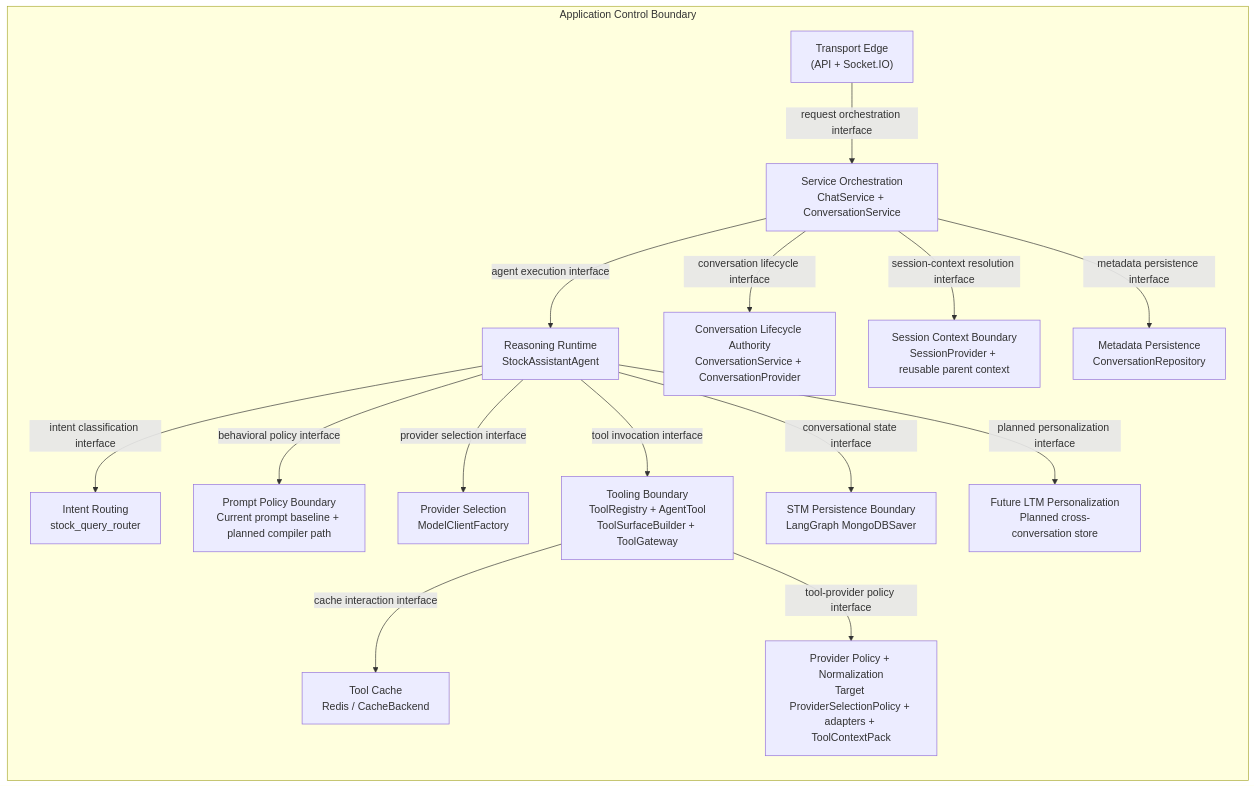
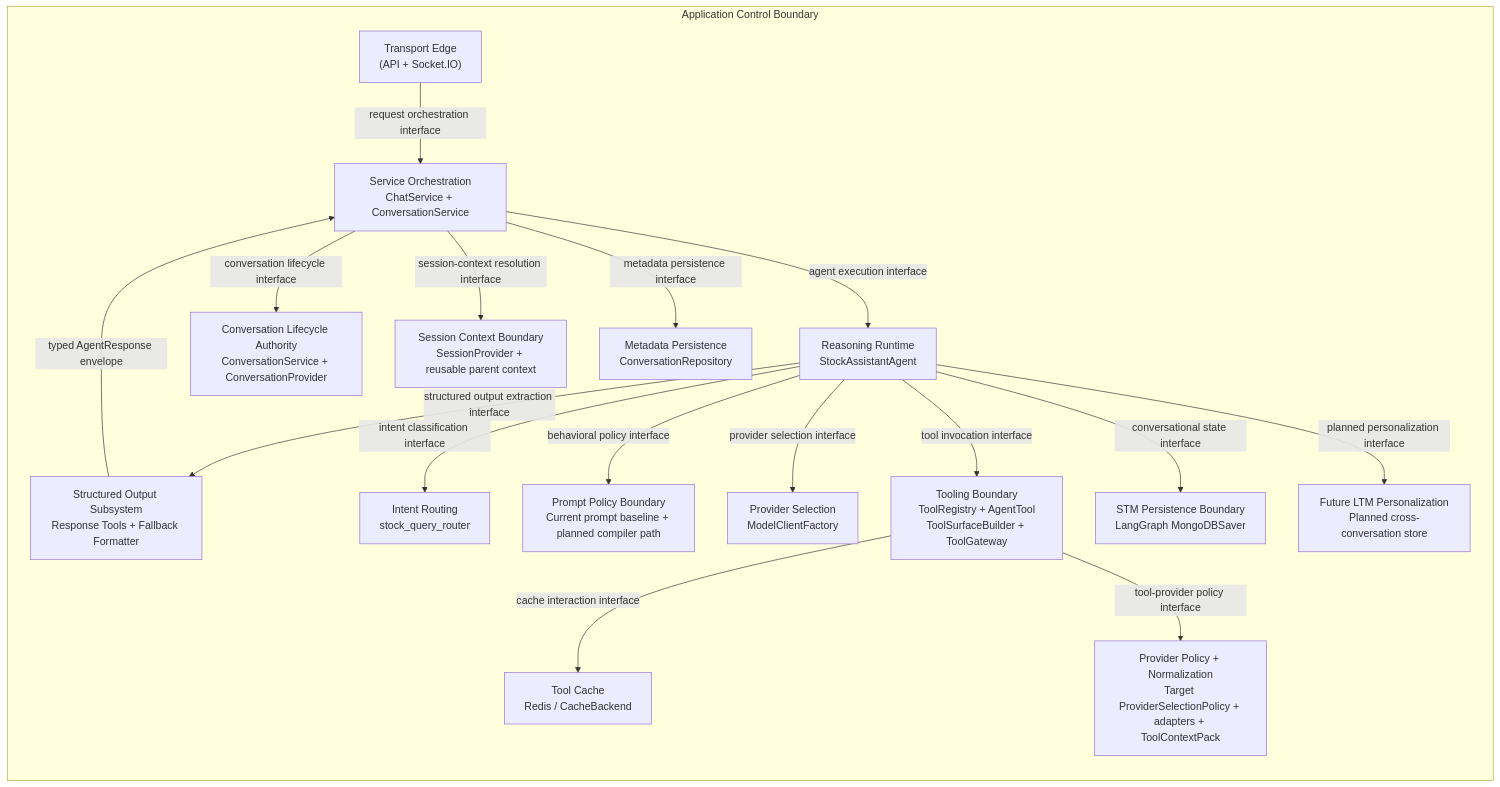
The third of 18 diagrams in docs/domains/agent/ARCHITECTURE_DESIGN.md (d-dragon/dp-stock-investment-assistant), drawn with Mermaid before and after one commit. The commit also changed other lines of this file and 7 other files, not shown here.

Commit message:
docs(agent): 'structure outputs' - initialize architecture design, ADRs, requirements, technical design along with clarified roadmap.

````diff
--- a/docs/domains/agent/ARCHITECTURE_DESIGN.md
+++ b/docs/domains/agent/ARCHITECTURE_DESIGN.md
@@ -395,33 +401,36 @@
 ```mermaid
 flowchart LR
   subgraph App["Application Control Boundary"]
     Routes["Transport Edge\n(API + Socket.IO)"]
     Orch["Service Orchestration\nChatService + ConversationService"]
     LifeSvc["Conversation Lifecycle Authority\nConversationService + ConversationProvider"]
     SessionCtx["Session Context Boundary\nSessionProvider + reusable parent context"]
     Runtime["Reasoning Runtime\nStockAssistantAgent"]
+    StructSub["Structured Output Subsystem\nResponse Tools + Fallback Formatter"]
     PromptComp["Prompt Policy Boundary\nCurrent prompt baseline + planned compiler path"]
     Router["Intent Routing\nstock_query_router"]
     ModelSel["Provider Selection\nModelClientFactory"]
     ToolReg["Tooling Boundary\nToolRegistry + AgentTool\nToolSurfaceBuilder + ToolGateway"]
     ProviderNorm["Provider Policy + Normalization\nTarget ProviderSelectionPolicy + adapters + ToolContextPack"]
     Repo["Metadata Persistence\nConversationRepository"]
     CheckpointStore["STM Persistence Boundary\nLangGraph MongoDBSaver"]
     FutureLTM["Future LTM Personalization\nPlanned cross-conversation store"]
     CacheStore["Tool Cache\nRedis / CacheBackend"]
   end
 
   Routes -->|"request orchestration interface"| Orch
   Orch -->|"agent execution interface"| Runtime
+  Runtime -->|"structured output extraction interface"| StructSub
+  StructSub -->|"typed AgentResponse envelope"| Orch
   Orch -->|"conversation lifecycle interface"| LifeSvc
   Orch -->|"session-context resolution interface"| SessionCtx
   Runtime -->|"intent classification interface"| Router
   Runtime -->|"behavioral policy interface"| PromptComp
   Runtime -->|"provider selection interface"| ModelSel
   Runtime -->|"tool invocation interface"| ToolReg
   Orch -->|"metadata persistence interface"| Repo
   Runtime -->|"conversational state interface"| CheckpointStore
   Runtime -->|"planned personalization interface"| FutureLTM
   ToolReg -->|"cache interaction interface"| CacheStore
   ToolReg -->|"tool-provider policy interface"| ProviderNorm
 ```
````
